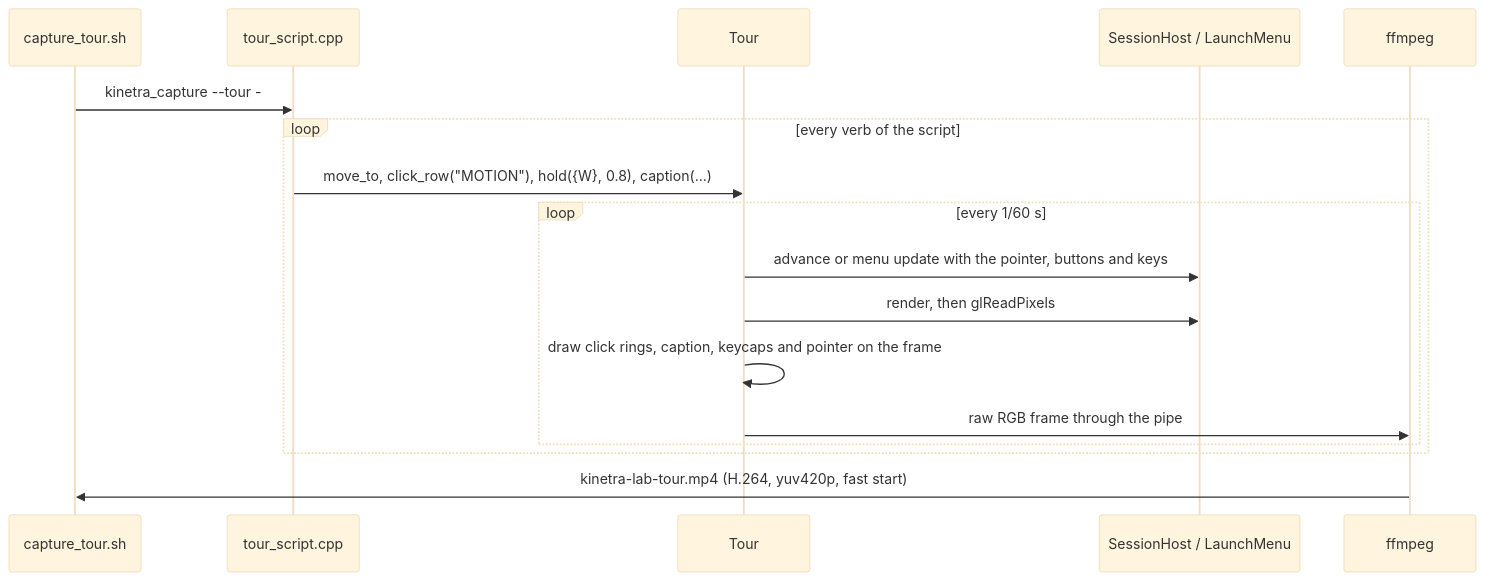
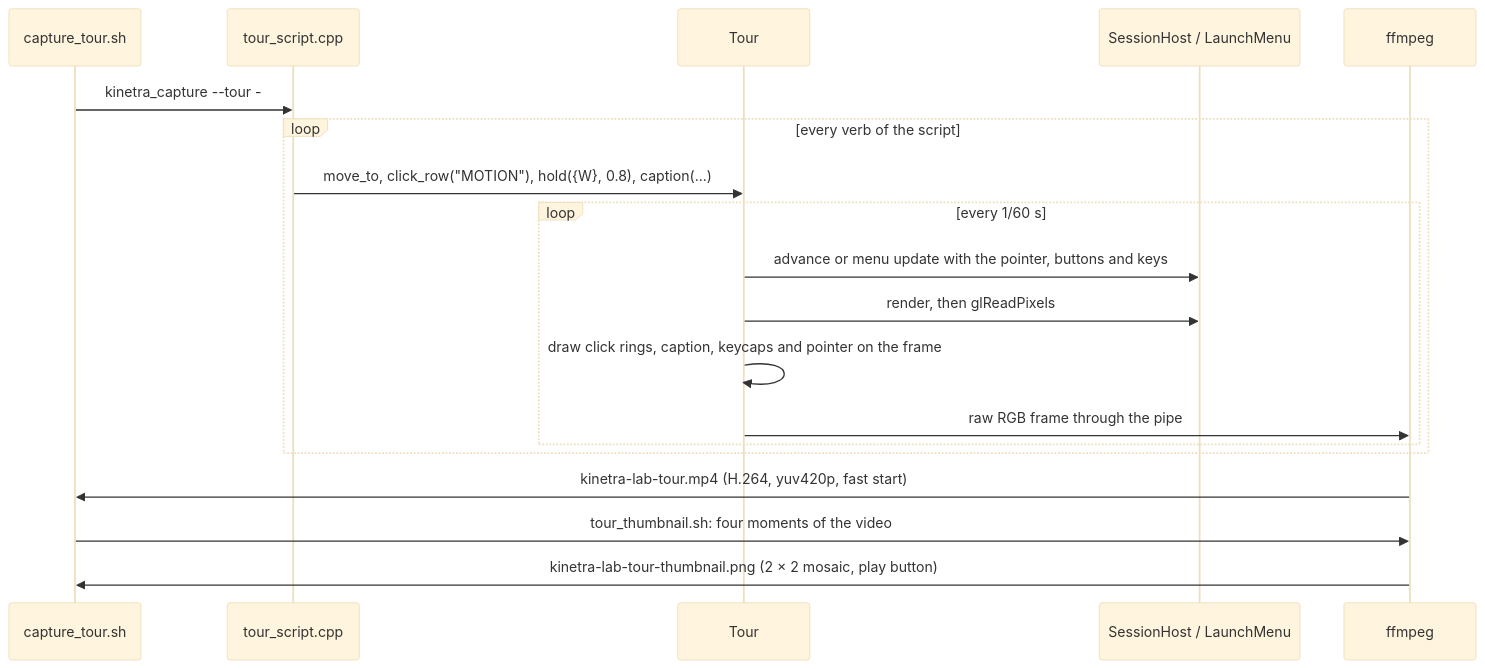
One commit to SMB-M87/Kinetra-Lab changed the third of 3 diagrams in tools/capture/README.md. Above: the diagram before and after it, drawn with Mermaid (base theme). The commit also changed other lines of this file and 2 other files, not shown here.

First line of the commit message:
feat(tools): make a README thumbnail from the tour video

````diff
--- a/tools/capture/README.md
+++ b/tools/capture/README.md
@@ -122,19 +124,21 @@
 ```mermaid
 sequenceDiagram
     participant Sh as capture_tour.sh
     participant Sc as tour_script.cpp
     participant T as Tour
     participant H as SessionHost / LaunchMenu
     participant F as ffmpeg
     Sh->>Sc: kinetra_capture --tour -
     loop every verb of the script
         Sc->>T: move_to, click_row("MOTION"), hold({W}, 0.8), caption(...)
         loop every 1/60 s
             T->>H: advance or menu update with the pointer, buttons and keys
             T->>H: render, then glReadPixels
             T->>T: draw click rings, caption, keycaps and pointer on the frame
             T->>F: raw RGB frame through the pipe
         end
     end
     F->>Sh: kinetra-lab-tour.mp4 (H.264, yuv420p, fast start)
+    Sh->>F: tour_thumbnail.sh: four moments of the video
+    F->>Sh: kinetra-lab-tour-thumbnail.png (2 × 2 mosaic, play button)
 ```
````
